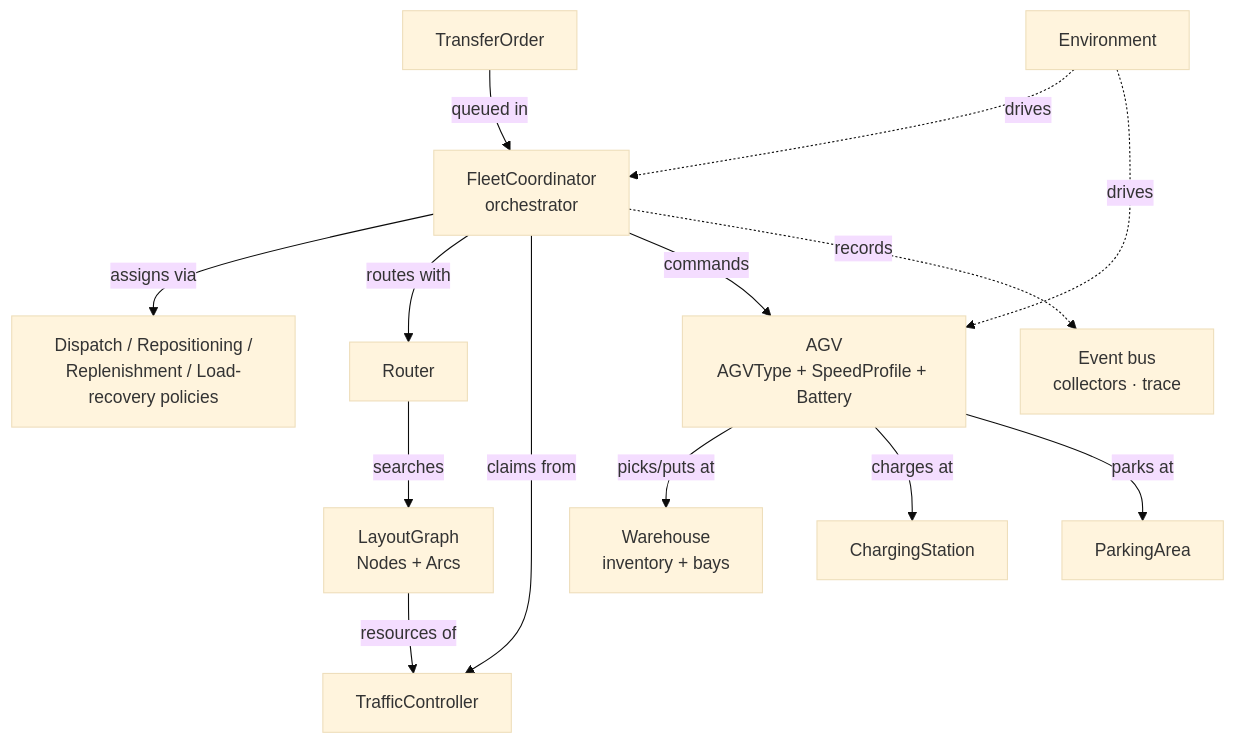
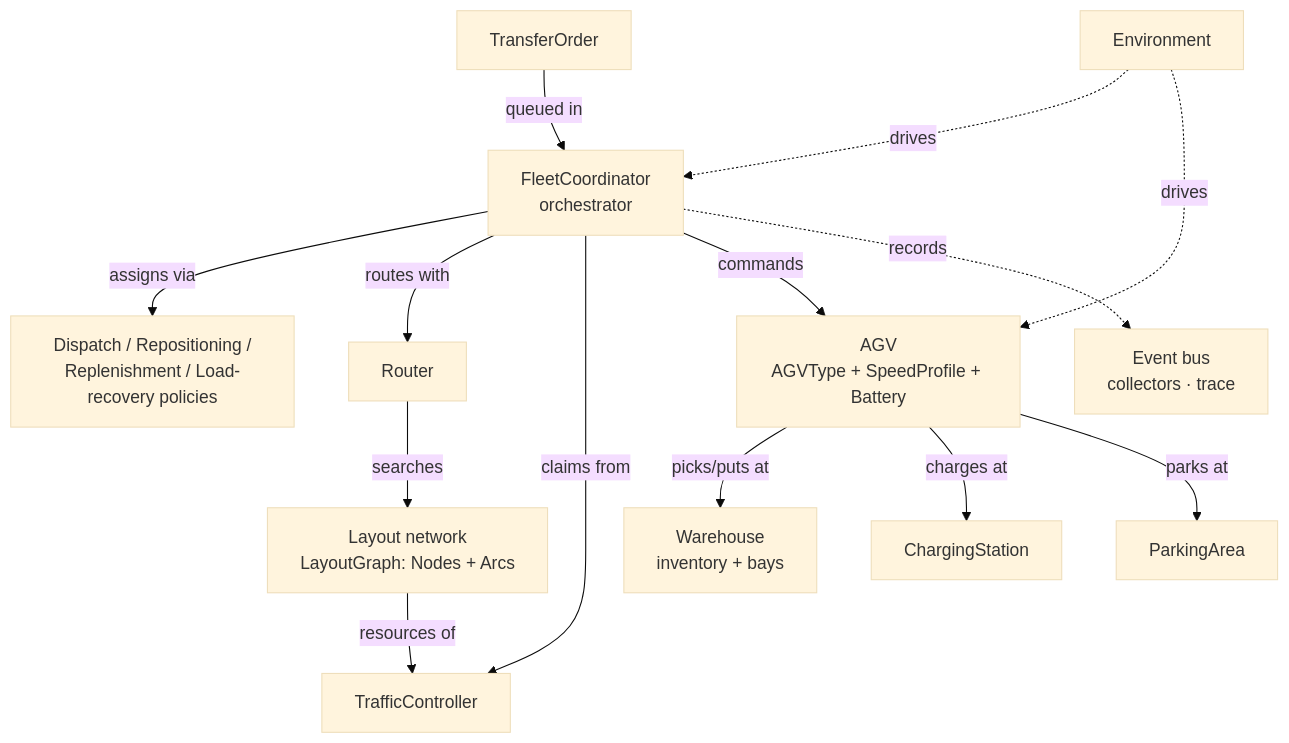
The second of 2 diagrams in docs/introduction/architecture.md (dmezzogori/simulatte), drawn with Mermaid (base theme) before and after one commit. The commit also changed other lines of this file and 22 other files, not shown here.

````diff
--- a/docs/introduction/architecture.md
+++ b/docs/introduction/architecture.md
@@ -41,29 +41,29 @@
 ```mermaid
 graph TD
     Env2["Environment"]
-    LG["LayoutGraph<br/>Nodes + Arcs"]
+    LG["Layout network<br/>LayoutGraph: Nodes + Arcs"]
     WH["Warehouse<br/>inventory + bays"]
     TO["TransferOrder"]
     FC["FleetCoordinator<br/>orchestrator"]
     DP["Dispatch / Repositioning /<br/>Replenishment / Load-recovery policies"]
     RT["Router"]
     TM["TrafficController"]
     AGV["AGV<br/>AGVType + SpeedProfile + Battery"]
     CH["ChargingStation"]
     PK["ParkingArea"]
     M["Event bus<br/>collectors · trace"]
 
     TO -->|queued in| FC
     FC -->|assigns via| DP
     FC -->|routes with| RT
     RT -->|searches| LG
     FC -->|claims from| TM
     LG -->|resources of| TM
     FC -->|commands| AGV
     AGV -->|picks/puts at| WH
     AGV -->|charges at| CH
     AGV -->|parks at| PK
     Env2 -.drives.-> FC
     Env2 -.drives.-> AGV
     FC -.records.-> M
 ```
````
